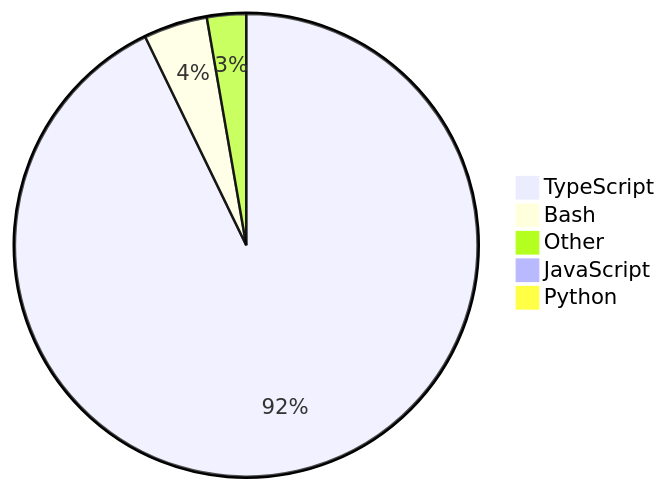
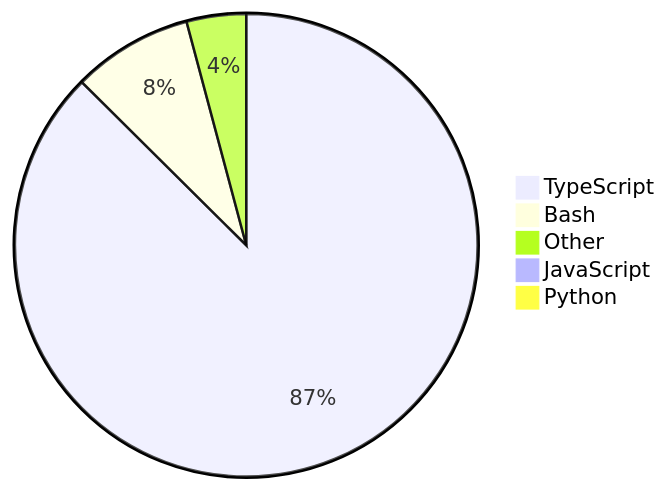
Before and after one commit to skvggor/skvggor: the diagram in README.md, drawn with Mermaid.

Commit message:
Updated waka-readme graph with new metrics

````diff
--- a/README.md
+++ b/README.md
@@ -14,8 +14,8 @@
 ```mermaid
 pie
-    "TypeScript" : 91.7
-    "Bash" : 4.4
-    "Other" : 2.7
+    "TypeScript" : 86.3
+    "Bash" : 8.3
+    "Other" : 4.1
     "JavaScript" : 0.5
-    "Python" : 0.4
+    "Python" : 0.5
 ```
````
